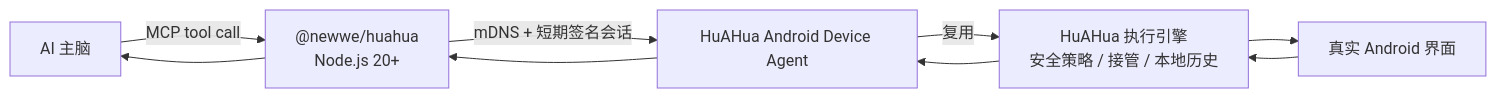
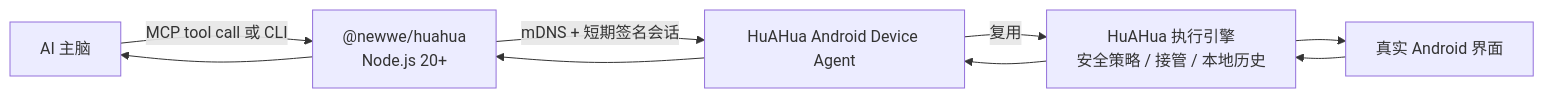
Before and after one commit to sidhu-master/huahua-device-runtime: the diagram in mcp-bootstrap/README.md, drawn with Mermaid. The commit also changed other lines of this file and 8 other files, not shown here.

````diff
--- a/mcp-bootstrap/README.md
+++ b/mcp-bootstrap/README.md
@@ -12,8 +11,8 @@
 ```mermaid
 flowchart LR
-    AI["AI 主脑"] -->|"MCP tool call"| MCP["@newwe/huahua\nNode.js 20+"]
+    AI["AI 主脑"] -->|"MCP tool call 或 CLI"| MCP["@newwe/huahua\nNode.js 20+"]
     MCP -->|"mDNS + 短期签名会话"| PHONE["HuAHua Android Device Agent"]
     PHONE -->|"复用"| ENGINE["HuAHua 执行引擎\n安全策略 / 接管 / 本地历史"]
     ENGINE --> UI["真实 Android 界面"]
     UI --> ENGINE --> PHONE --> MCP --> AI
 ```
````
